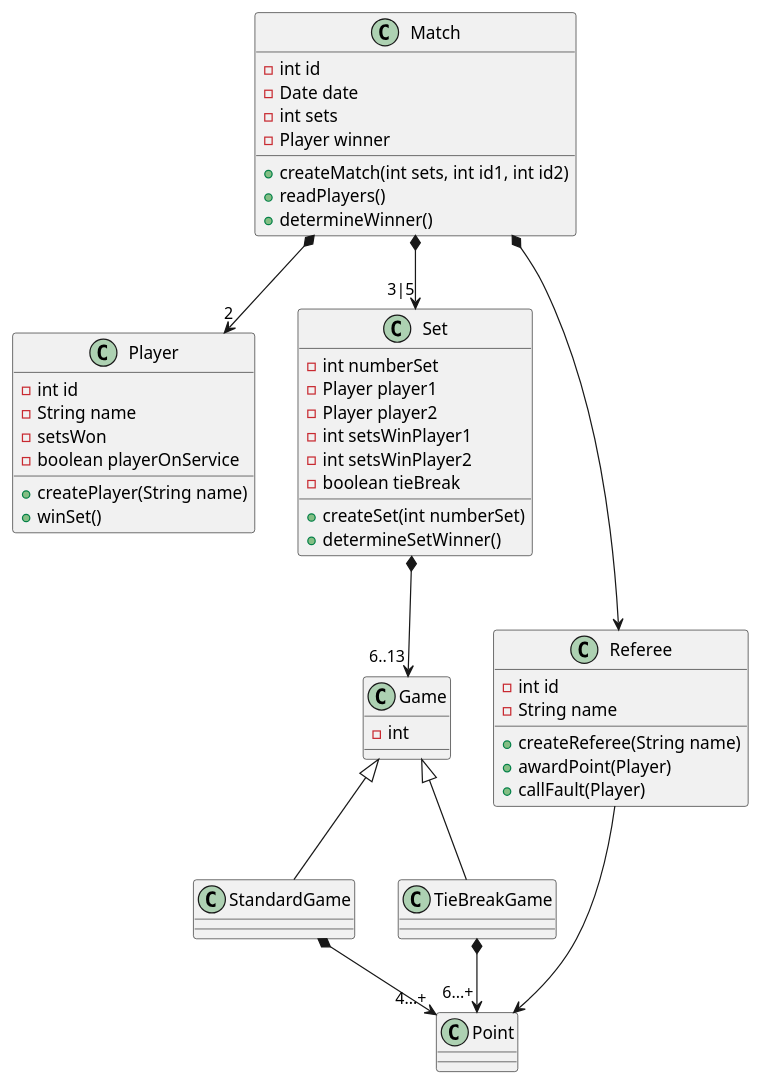
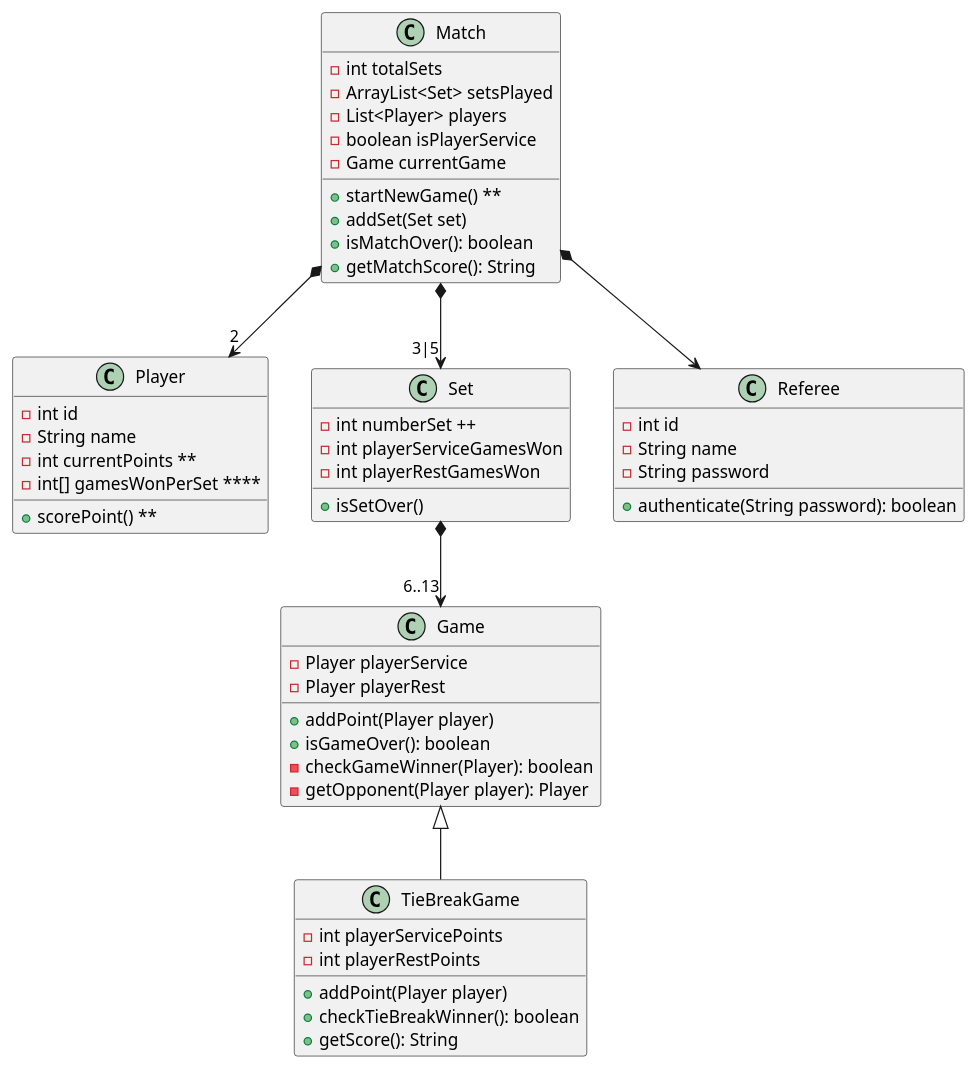
Before and after one commit to rafaelacirino/IWVG: the diagram in docs/diagrams/ClassDiagram.plantuml, drawn with PlantUML. The commit also changed 5 other files, not shown here.

Commit message:
added diagrams #3

```diff
--- a/docs/diagrams/ClassDiagram.plantuml
+++ b/docs/diagrams/ClassDiagram.plantuml
@@ -1,68 +1,69 @@
 @startuml
 
 Match *-down-> "2" Player
 Match *-down-> "3|5" Set
 Match *-down-> Referee
 
-Referee -down-> Point
-
 Set *-down-> "6..13" Game
 
-Game <|-down- StandardGame
 Game <|-down- TieBreakGame
-
-StandardGame *-down-> "4...+" Point
-TieBreakGame *-down-> "6...+" Point
-
 
 
 class Match {
-- int id
-- Date date
-- int sets
-- Player winner
+- int totalSets
+- ArrayList<Set> setsPlayed
+- List<Player> players
+- boolean isPlayerService
+- Game currentGame
 
-+ createMatch(int sets, int id1, int id2)
-+ readPlayers()
-+ determineWinner()
++ startNewGame() **
++ addSet(Set set)
++ isMatchOver(): boolean
++ getMatchScore(): String
 }
 
 class Player {
 - int id
 - String name
-- setsWon
-- boolean playerOnService
+- int currentPoints **
+- int[] gamesWonPerSet ****
 
-+ createPlayer(String name)
-+ winSet()
++ scorePoint() **
 }
 
 class Referee {
 - int id
 - String name
+- String password
 
-+ createReferee(String name)
-+ awardPoint(Player)
-+ callFault(Player)
++ authenticate(String password): boolean
 }
 
 class Set {
-- int numberSet
-- Player player1
-- Player player2
-- int setsWinPlayer1
-- int setsWinPlayer2
-- boolean tieBreak
-+ createSet(int numberSet)
-+ determineSetWinner()
+- int numberSet ++
+- int playerServiceGamesWon
+- int playerRestGamesWon
+
++ isSetOver()
 }
 
 class Game {
-- int
+- Player playerService
+- Player playerRest
 
++ addPoint(Player player)
++ isGameOver(): boolean
+- checkGameWinner(Player): boolean
+- getOpponent(Player player): Player
 }
 
 class TieBreakGame {
+- int playerServicePoints
+- int playerRestPoints
+
++ addPoint(Player player)
++ checkTieBreakWinner(): boolean
++ getScore(): String
 }
 
 @enduml
```
